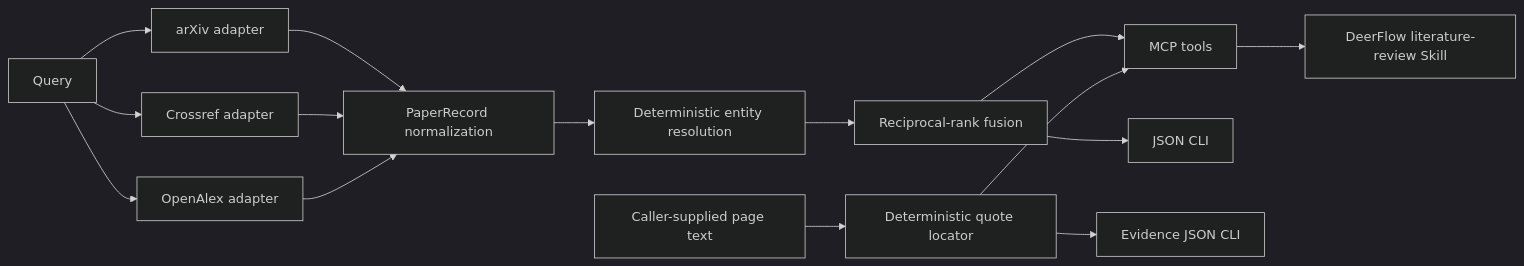
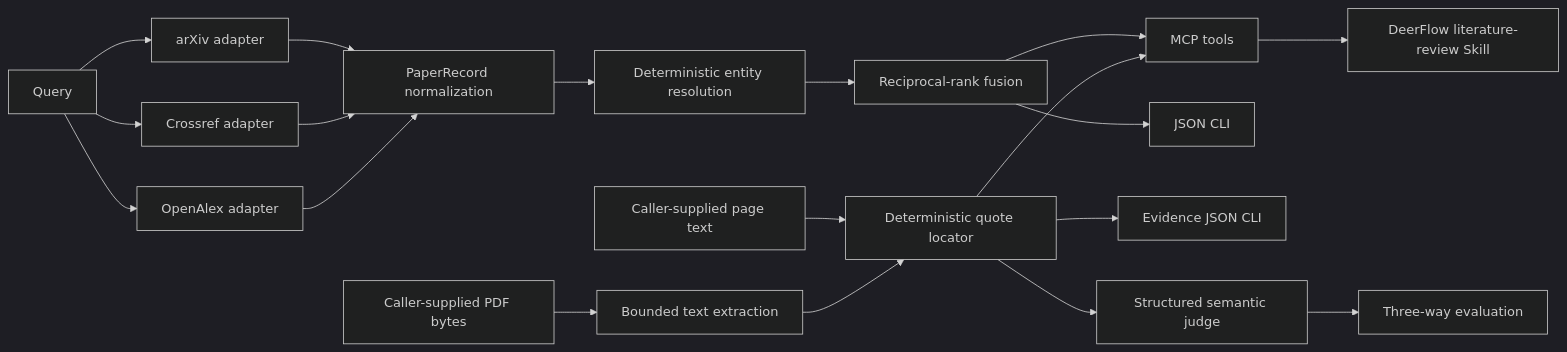
The diagram in backend/packages/scholarflow-mcp/README.md (zhoujuntao611/deer-flow), drawn with Mermaid (dark theme) before and after one commit. The commit also changed other lines of this file and 12 other files, not shown here.

````diff
--- a/backend/packages/scholarflow-mcp/README.md
+++ b/backend/packages/scholarflow-mcp/README.md
@@ -10,17 +9,21 @@
 ```mermaid
 flowchart LR
     Q[Query] --> A[arXiv adapter]
     Q --> C[Crossref adapter]
     Q --> O[OpenAlex adapter]
     A --> N[PaperRecord normalization]
     C --> N
     O --> N
     N --> D[Deterministic entity resolution]
     D --> R[Reciprocal-rank fusion]
     R --> M[MCP tools]
     R --> L[JSON CLI]
     M --> S[DeerFlow literature-review Skill]
     P[Caller-supplied page text] --> E[Deterministic quote locator]
+    B[Caller-supplied PDF bytes] --> X[Bounded text extraction]
+    X --> E
     E --> M
     E --> V[Evidence JSON CLI]
+    E --> J[Structured semantic judge]
+    J --> F[Three-way evaluation]
 ```
````
